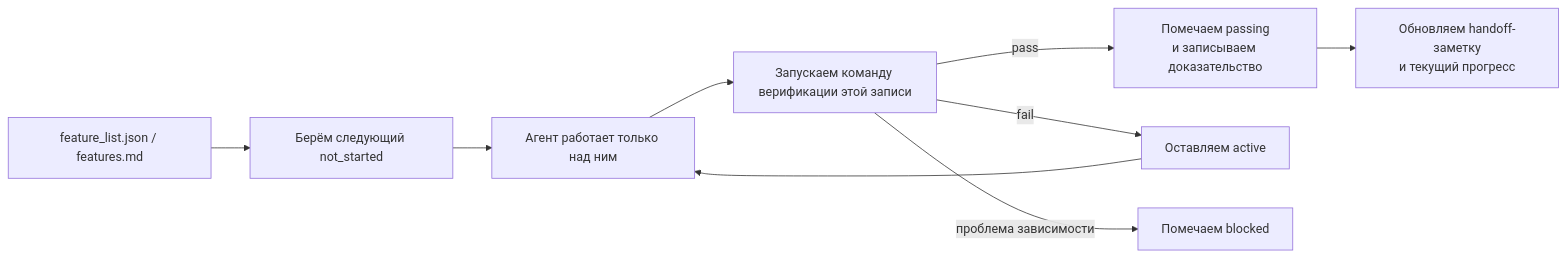
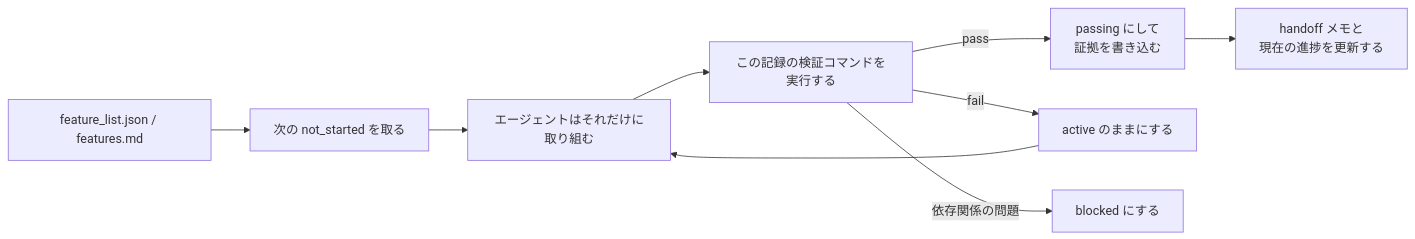
Before and after one commit to mkusaka/learn-harness-engineering: the second of 2 diagrams in docs/ru/lectures/lecture-08-why-feature-lists-are-harness-primitives/index.md, drawn with Mermaid. The commit also changed other lines of this file and 571 other files, not shown here.

````diff
--- a/docs/ru/lectures/lecture-08-why-feature-lists-are-harness-primitives/index.md
+++ b/docs/ru/lectures/lecture-08-why-feature-lists-are-harness-primitives/index.md
@@ -40,11 +40,11 @@
 ```mermaid
 flowchart LR
-    List["feature_list.json / features.md"] --> Scheduler["Берём следующий not_started"]
-    Scheduler --> Agent["Агент работает только над ним"]
-    Agent --> Verifier["Запускаем команду верификации этой записи"]
-    Verifier -->|pass| Passing["Помечаем passing<br/>и записываем доказательство"]
-    Verifier -->|fail| Active["Оставляем active"]
-    Verifier -->|проблема зависимости| Blocked["Помечаем blocked"]
-    Passing --> Handoff["Обновляем handoff-заметку<br/>и текущий прогресс"]
+    List["feature_list.json / features.md"] --> Scheduler["次の not_started を取る"]
+    Scheduler --> Agent["エージェントはそれだけに取り組む"]
+    Agent --> Verifier["この記録の検証コマンドを実行する"]
+    Verifier -->|pass| Passing["passing にして<br/>証拠を書き込む"]
+    Verifier -->|fail| Active["active のままにする"]
+    Verifier -->|依存関係の問題| Blocked["blocked にする"]
+    Passing --> Handoff["handoff メモと<br/>現在の進捗を更新する"]
     Active --> Agent
 ```
````
